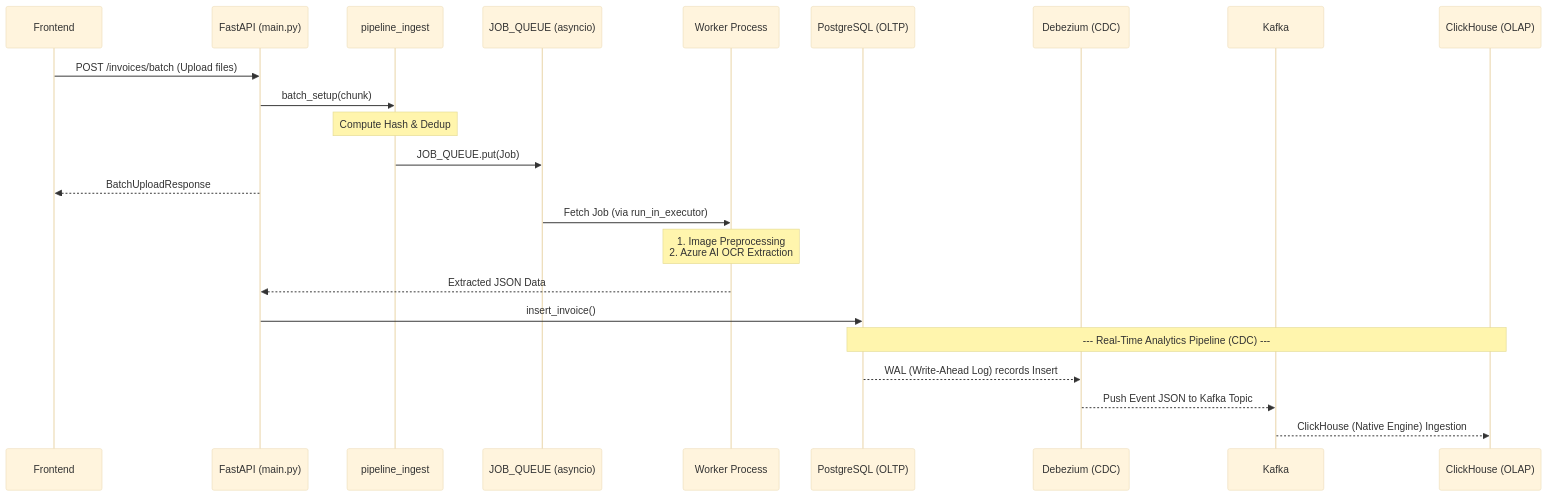
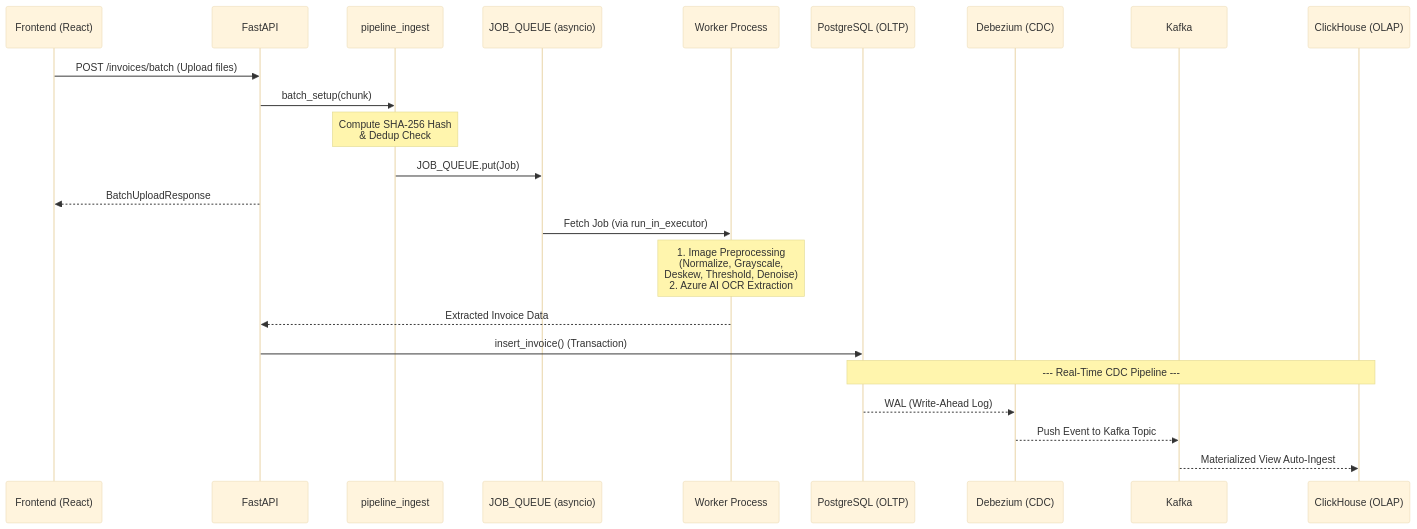
The diagram in README.md (ImaMinh/Invostream), drawn with Mermaid (base theme) before and after one commit. The commit also changed other lines of this file and 3107 other files, not shown here.

````diff
--- a/README.md
+++ b/README.md
@@ -34,29 +207,29 @@
 ```mermaid
 sequenceDiagram
-    participant FE as Frontend
-    participant API as FastAPI (main.py)
+    participant FE as Frontend (React)
+    participant API as FastAPI
     participant PI as pipeline_ingest
     participant Q as JOB_QUEUE (asyncio)
     participant WK as Worker Process
     participant PG as PostgreSQL (OLTP)
     participant DBZ as Debezium (CDC)
     participant KF as Kafka
     participant CH as ClickHouse (OLAP)
 
     FE->>API: POST /invoices/batch (Upload files)
     API->>PI: batch_setup(chunk)
-    Note over PI: Compute Hash & Dedup
+    Note over PI: Compute SHA-256 Hash<br/>& Dedup Check
     PI->>Q: JOB_QUEUE.put(Job)
     API-->>FE: BatchUploadResponse
-    
+
     Q->>WK: Fetch Job (via run_in_executor)
-    Note over WK: 1. Image Preprocessing<br/>2. Azure AI OCR Extraction
-    WK-->>API: Extracted JSON Data
-    
-    API->>PG: insert_invoice()
-    
-    Note over PG, CH: --- Real-Time Analytics Pipeline (CDC) ---
-    PG-->>DBZ: WAL (Write-Ahead Log) records Insert
-    DBZ-->>KF: Push Event JSON to Kafka Topic
-    KF-->>CH: ClickHouse (Native Engine) Ingestion
+    Note over WK: 1. Image Preprocessing<br/>(Normalize, Grayscale,<br/>Deskew, Threshold, Denoise)<br/>2. Azure AI OCR Extraction
+    WK-->>API: Extracted Invoice Data
+
+    API->>PG: insert_invoice() (Transaction)
+
+    Note over PG, CH: --- Real-Time CDC Pipeline ---
+    PG-->>DBZ: WAL (Write-Ahead Log)
+    DBZ-->>KF: Push Event to Kafka Topic
+    KF-->>CH: Materialized View Auto-Ingest
 ```
````
